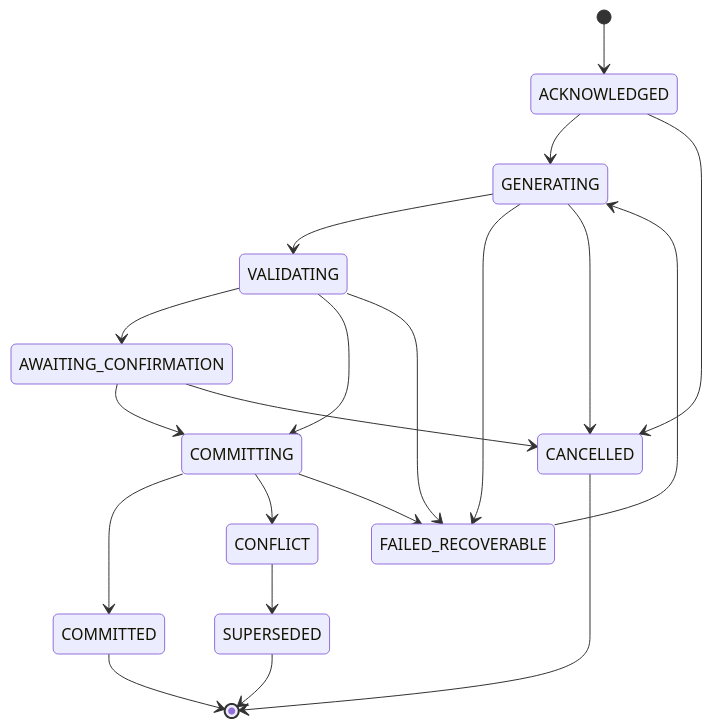
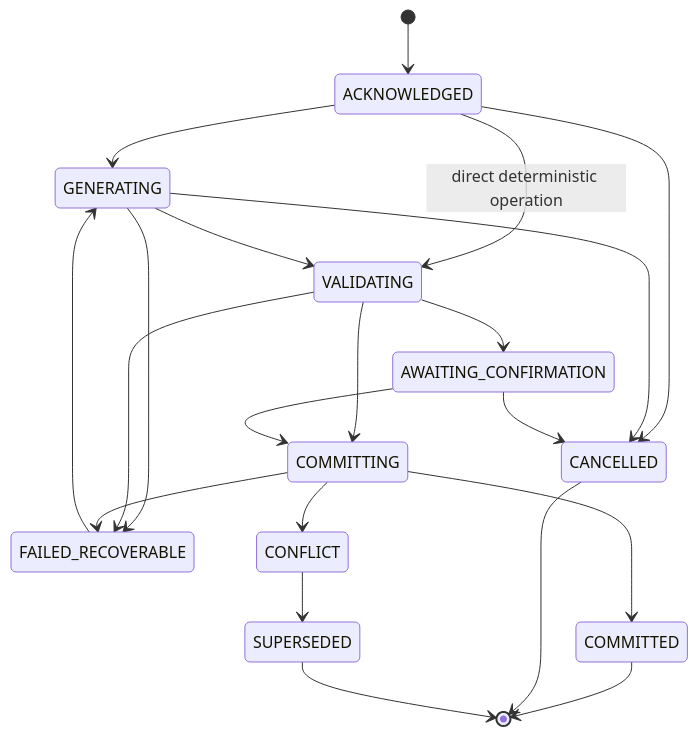
One commit to henryz78/Simulora changed the diagram in docs/system-design/RUNTIME_MODEL_AND_PERSISTENCE.md. Above: the diagram before and after it, drawn with Mermaid. The commit also changed other lines of this file and 7 other files, not shown here.

````diff
--- a/docs/system-design/RUNTIME_MODEL_AND_PERSISTENCE.md
+++ b/docs/system-design/RUNTIME_MODEL_AND_PERSISTENCE.md
@@ -16,22 +16,23 @@
 ```mermaid
 stateDiagram-v2
     [*] --> ACKNOWLEDGED
     ACKNOWLEDGED --> GENERATING
+    ACKNOWLEDGED --> VALIDATING: direct deterministic operation
     ACKNOWLEDGED --> CANCELLED
     GENERATING --> VALIDATING
     GENERATING --> FAILED_RECOVERABLE
     GENERATING --> CANCELLED
     VALIDATING --> AWAITING_CONFIRMATION
     VALIDATING --> COMMITTING
     VALIDATING --> FAILED_RECOVERABLE
     AWAITING_CONFIRMATION --> COMMITTING
     AWAITING_CONFIRMATION --> CANCELLED
     COMMITTING --> COMMITTED
     COMMITTING --> CONFLICT
     COMMITTING --> FAILED_RECOVERABLE
     FAILED_RECOVERABLE --> GENERATING
     CONFLICT --> SUPERSEDED
     COMMITTED --> [*]
     CANCELLED --> [*]
     SUPERSEDED --> [*]
 ```
````
